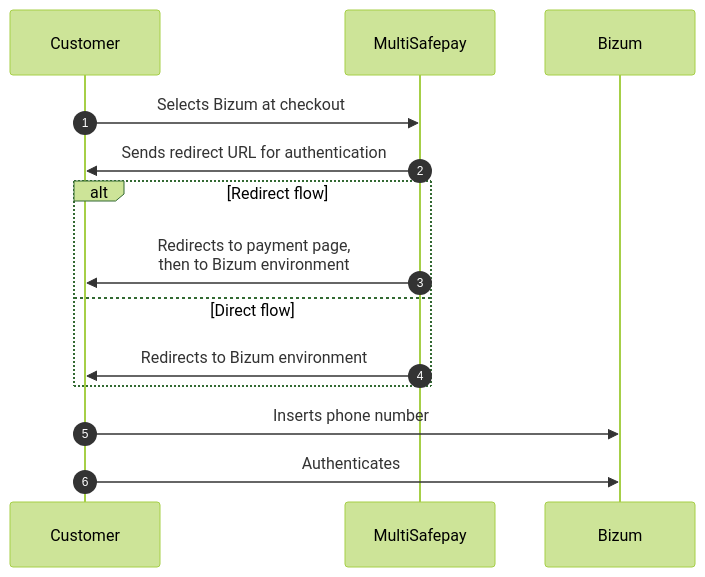
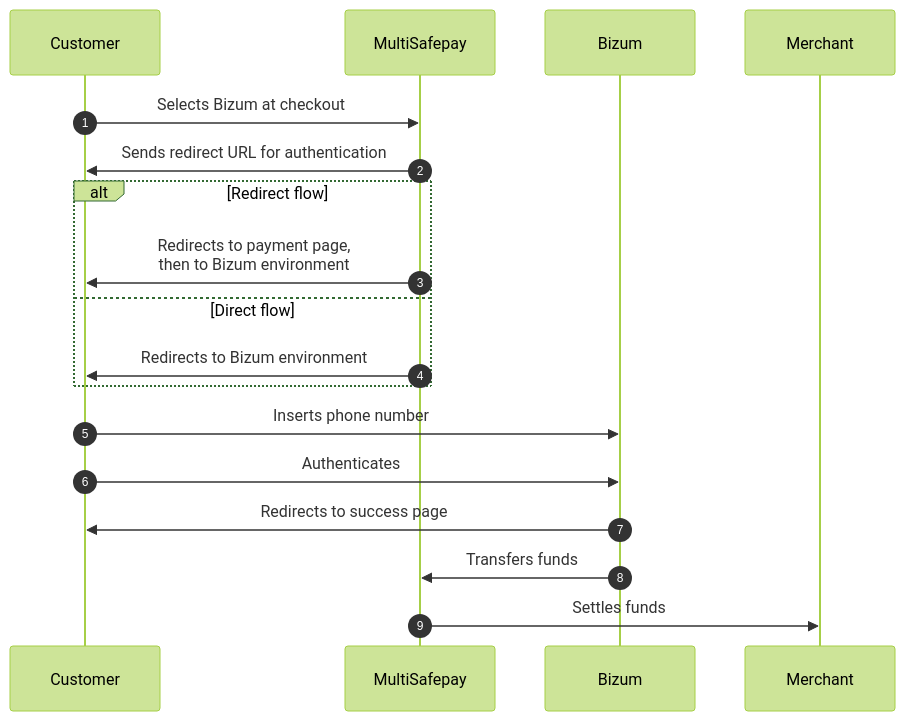
The diagram in static/diagrams/src/bizum-payment-flow.mmd (MultiSafepay/docs), drawn with Mermaid (forest theme) before and after one commit. The commit also changed 5 other files, not shown here.

```diff
--- a/static/diagrams/src/bizum-payment-flow.mmd
+++ b/static/diagrams/src/bizum-payment-flow.mmd
@@ -1,15 +1,20 @@
 sequenceDiagram
+
     autonumber
     participant C as Customer
     participant Mu as MultiSafepay
     participant Bi as Bizum
+    participant M as Merchant
 
     C->>Mu: Selects Bizum at checkout
     Mu->>C: Sends redirect URL for authentication
     alt Redirect flow
     Mu->>C: Redirects to payment page, <br> then to Bizum environment
     else Direct flow
     Mu->>C: Redirects to Bizum environment
     end
     C->>Bi: Inserts phone number
     C->>Bi: Authenticates
+    Bi->>C: Redirects to success page
+    Bi->>Mu: Transfers funds
+    Mu->>M: Settles funds
```
